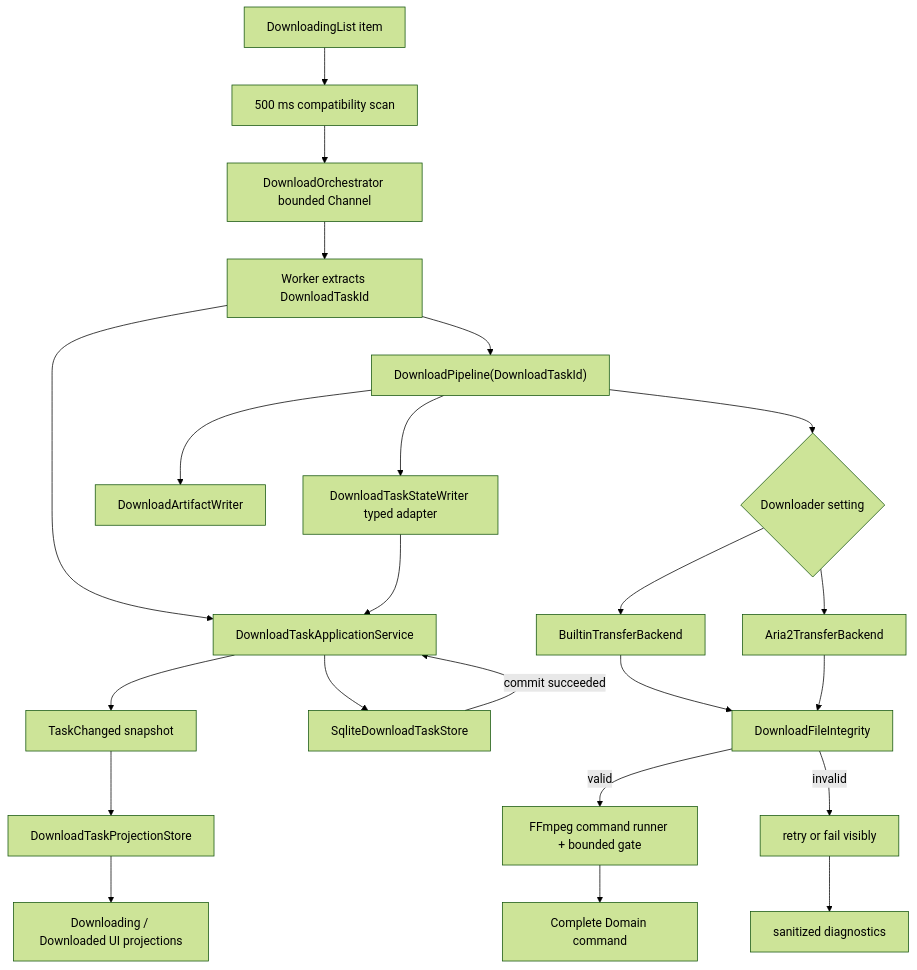
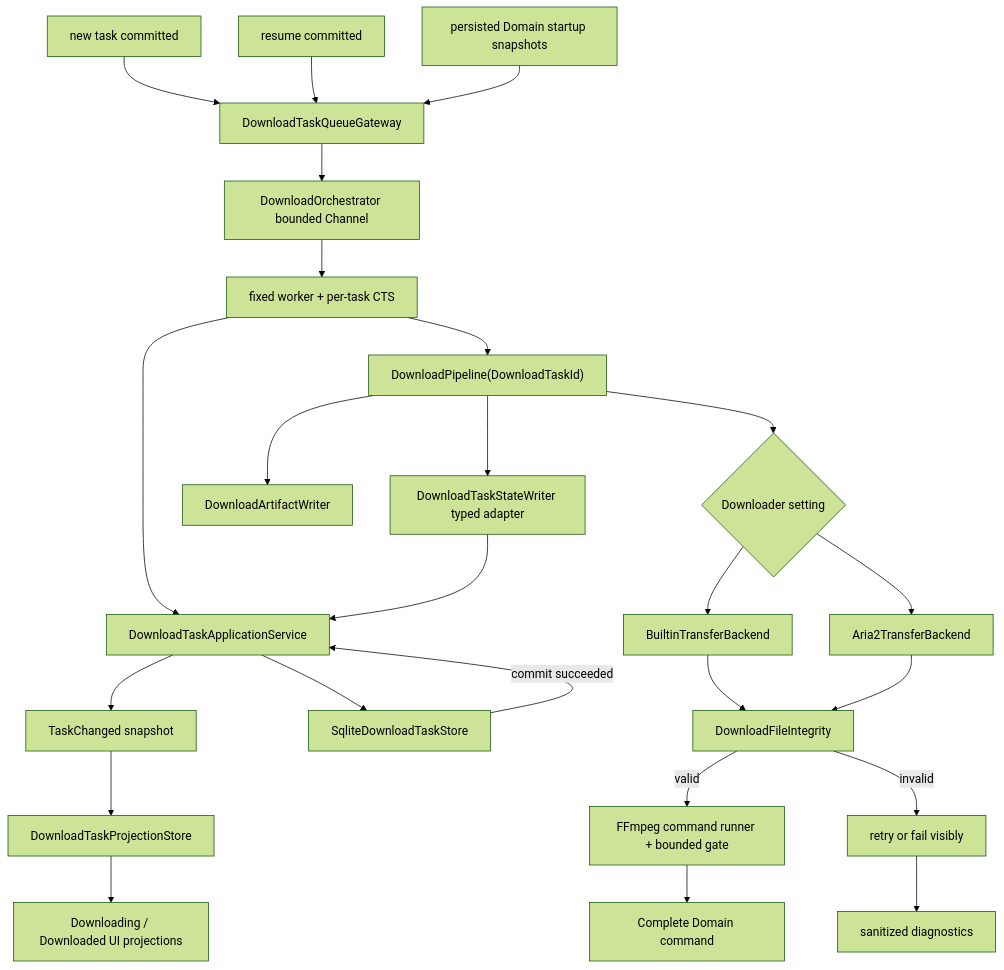
One commit to 403a/downkyicore changed the fourth of 4 diagrams in docs/ai-knowledge-graph.md. Above: the diagram before and after it, drawn with Mermaid (forest theme). The commit also changed other lines of this file and 14 other files, not shown here.

````diff
--- a/docs/ai-knowledge-graph.md
+++ b/docs/ai-knowledge-graph.md
@@ -2273,25 +2288,27 @@
 ```mermaid
 flowchart TD
-    Queue["DownloadingList item"] --> Poll["500 ms compatibility scan"]
-    Poll --> Channel["DownloadOrchestrator bounded Channel<DownloadingItem>"]
-    Channel --> Runtime["Worker extracts DownloadTaskId"]
+    Add["new task committed"] --> Gateway["DownloadTaskQueueGateway"]
+    Resume["resume committed"] --> Gateway
+    Startup["persisted Domain startup snapshots"] --> Gateway
+    Gateway --> Channel["DownloadOrchestrator bounded Channel<DownloadTaskId>"]
+    Channel --> Runtime["fixed worker + per-task CTS"]
     Runtime --> Commands["DownloadTaskApplicationService"]
     Runtime --> Pipeline["DownloadPipeline(DownloadTaskId)"]
     Pipeline --> Choice{"Downloader setting"}
     Choice --> Builtin["BuiltinTransferBackend"]
     Choice --> Aria["Aria2TransferBackend"]
     Pipeline --> Artifacts["DownloadArtifactWriter"]
     Pipeline --> State["DownloadTaskStateWriter typed adapter"]
     Builtin --> Integrity["DownloadFileIntegrity"]
     Aria --> Integrity
     Integrity -->|valid| FFmpeg["FFmpeg command runner + bounded gate"]
     Integrity -->|invalid| Retry["retry or fail visibly"]
     FFmpeg --> Complete["Complete Domain command"]
     State --> Commands
     Commands --> Store["SqliteDownloadTaskStore"]
     Store -->|"commit succeeded"| Commands
     Commands --> Event["TaskChanged snapshot"]
     Event --> Projection["DownloadTaskProjectionStore"]
     Projection --> Lists["Downloading / Downloaded UI projections"]
     Retry --> Logs["sanitized diagnostics"]
 ```
````
